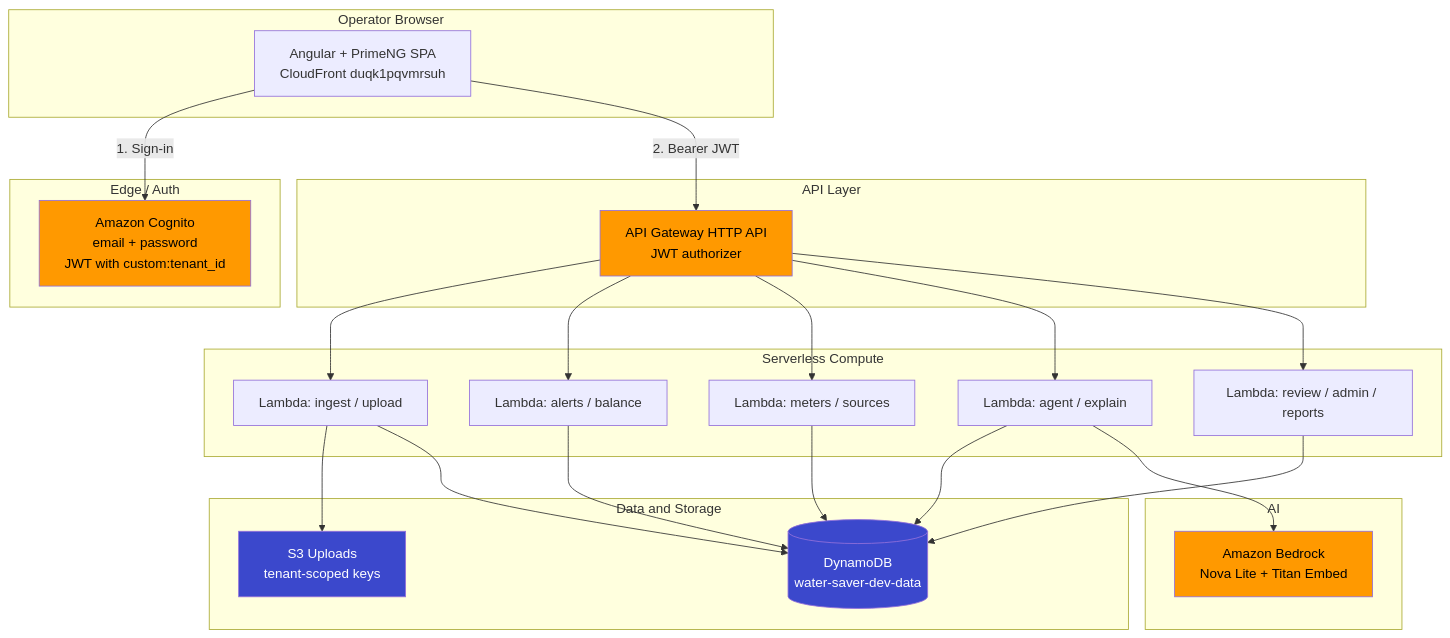
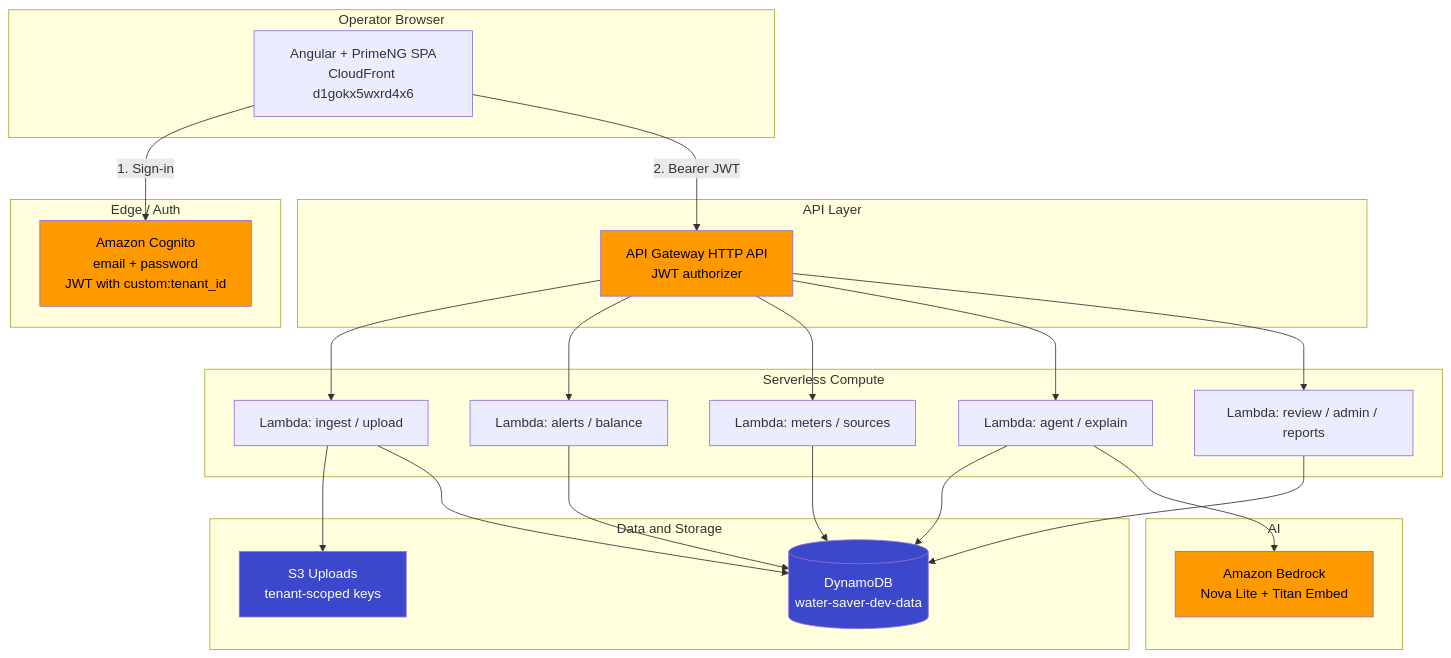
The first of 8 diagrams in docs/diagrams/assessment-iii-demo-diagrams.md (Bigessfour/Colorado_Rural_Water), drawn with Mermaid before and after one commit. The commit also changed 11 other files, not shown here.

````diff
--- a/docs/diagrams/assessment-iii-demo-diagrams.md
+++ b/docs/diagrams/assessment-iii-demo-diagrams.md
@@ -24,52 +24,52 @@
 ```mermaid
 flowchart TB
   subgraph Client["Operator Browser"]
-    SPA[Angular + PrimeNG SPA<br/>CloudFront duqk1pqvmrsuh]
+    SPA[Angular + PrimeNG SPA<br/>CloudFront d1gokx5wxrd4x6]
   end
 
   subgraph Edge["Edge / Auth"]
     COG[Amazon Cognito<br/>email + password<br/>JWT with custom:tenant_id]
   end
 
   subgraph API["API Layer"]
     APIGW[API Gateway HTTP API<br/>JWT authorizer]
   end
 
   subgraph Compute["Serverless Compute"]
     L1[Lambda: ingest / upload]
     L2[Lambda: alerts / balance]
     L3[Lambda: meters / sources]
     L4[Lambda: agent / explain]
     L5[Lambda: review / admin / reports]
   end
 
   subgraph Data["Data and Storage"]
     S3[S3 Uploads<br/>tenant-scoped keys]
     DDB[(DynamoDB<br/>water-saver-dev-data)]
   end
 
   subgraph AI["AI"]
     BR[Amazon Bedrock<br/>Nova Lite + Titan Embed]
   end
 
   SPA -->|1. Sign-in| COG
   SPA -->|2. Bearer JWT| APIGW
   APIGW --> L1
   APIGW --> L2
   APIGW --> L3
   APIGW --> L4
   APIGW --> L5
   L1 --> S3
   L1 --> DDB
   L2 --> DDB
   L3 --> DDB
   L4 --> DDB
   L5 --> DDB
   L4 --> BR
 
   style COG fill:#ff9900,color:#000
   style APIGW fill:#ff9900,color:#000
   style BR fill:#ff9900,color:#000
   style DDB fill:#3b48cc,color:#fff
   style S3 fill:#3b48cc,color:#fff
 ```
````
